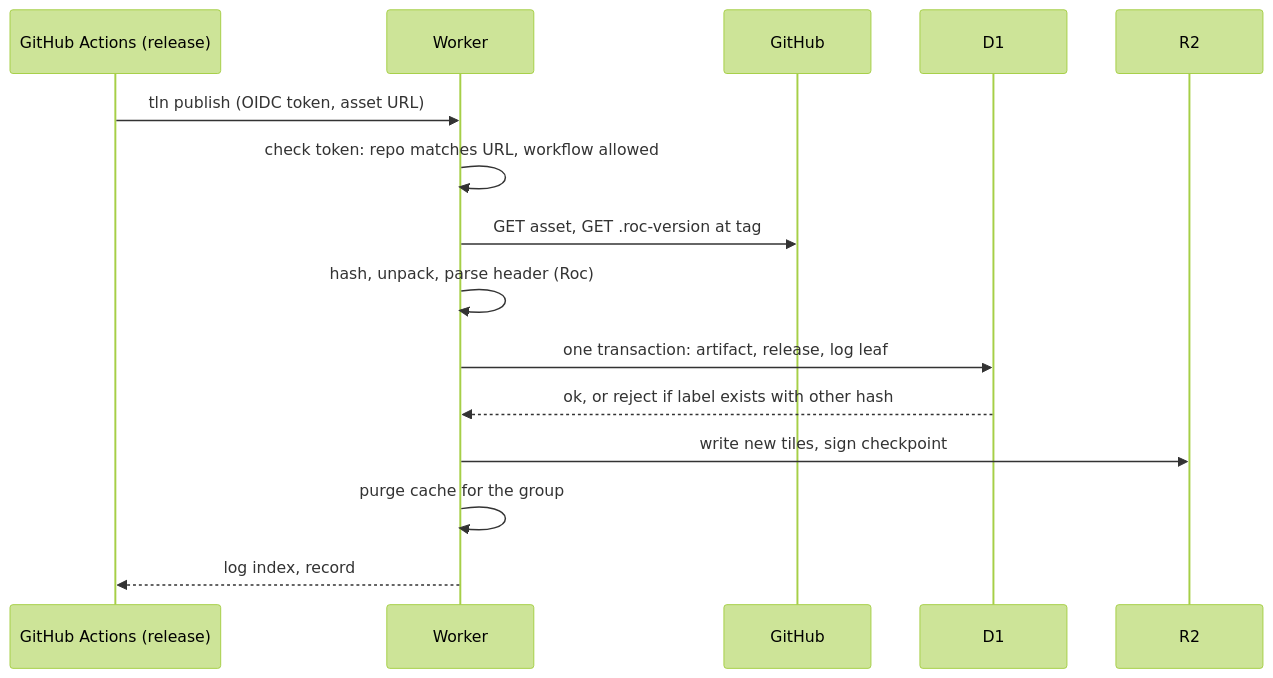
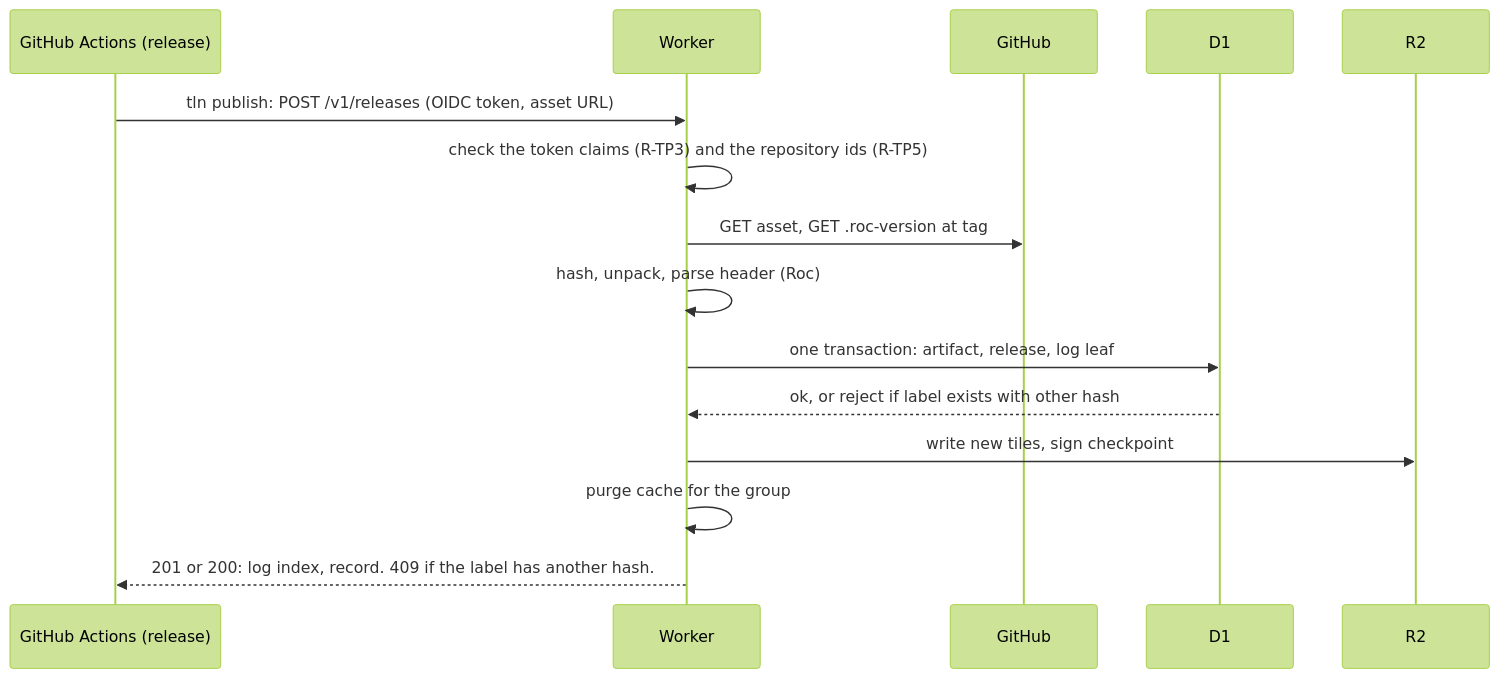
One commit to roc-talon/talon changed the second of 2 diagrams in DESIGN-REGISTRY.md. Above: the diagram before and after it, drawn with Mermaid (forest theme). The commit also changed other lines of this file and 16 other files, not shown here.

First line of the commit message:
Registry audit: HTTP API, publish trust, index state, license

````diff
--- a/DESIGN-REGISTRY.md
+++ b/DESIGN-REGISTRY.md
@@ -99,17 +248,17 @@
 ```mermaid
 sequenceDiagram
     participant CI as GitHub Actions (release)
     participant W as Worker
     participant GH as GitHub
     participant D as D1
     participant R as R2
-    CI->>W: tln publish (OIDC token, asset URL)
-    W->>W: check token: repo matches URL, workflow allowed
+    CI->>W: tln publish: POST /v1/releases (OIDC token, asset URL)
+    W->>W: check the token claims (R-TP3) and the repository ids (R-TP5)
     W->>GH: GET asset, GET .roc-version at tag
     W->>W: hash, unpack, parse header (Roc)
     W->>D: one transaction: artifact, release, log leaf
     D-->>W: ok, or reject if label exists with other hash
     W->>R: write new tiles, sign checkpoint
     W->>W: purge cache for the group
-    W-->>CI: log index, record
+    W-->>CI: 201 or 200: log index, record. 409 if the label has another hash.
 ```
````
